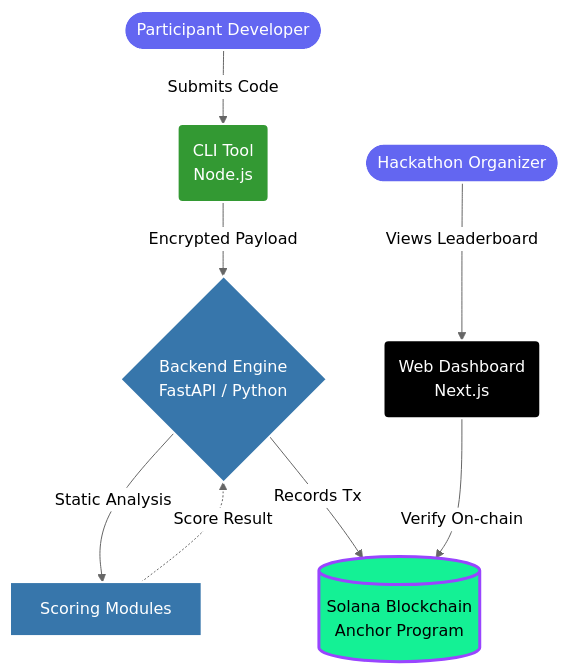
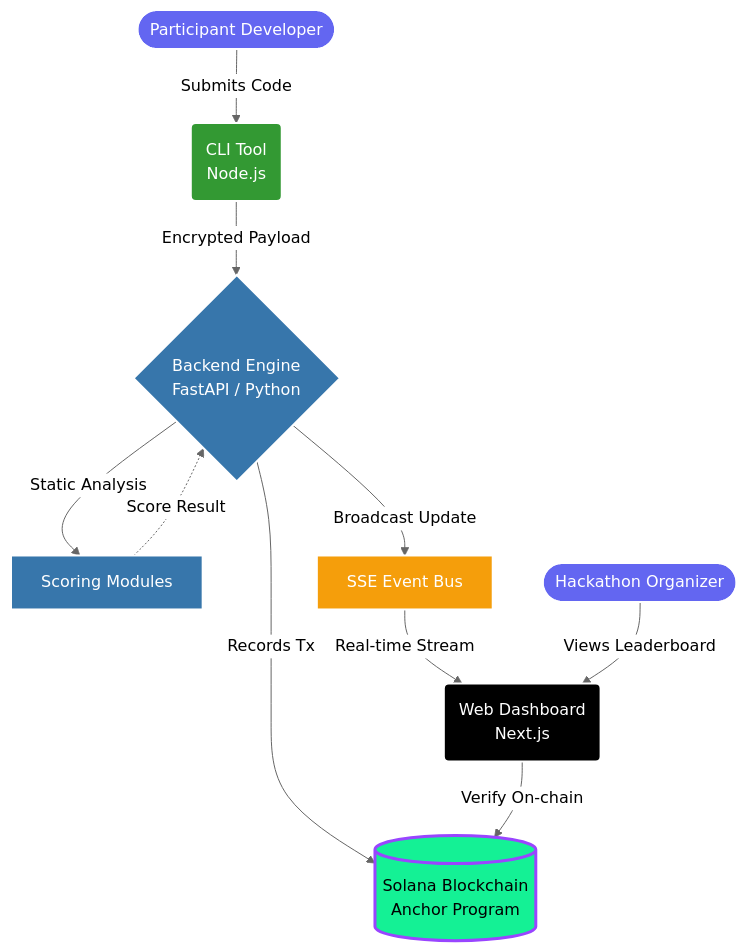
Before and after one commit to Inmodel/inmodel-c: the first of 2 diagrams in README.md, drawn with Mermaid (neutral theme). The commit also changed other lines of this file and 8 other files, not shown here.

Commit message:
docs: update project documentation to reflect real-time SSE leaderboard, rate limiting, and hardened architecture changes

````diff
--- a/README.md
+++ b/README.md
@@ -16,16 +16,19 @@
 ```mermaid
 graph TD
     classDef user fill:#6366f1,stroke:#fff,stroke-width:2px,color:#fff;
     classDef nodejs fill:#339933,stroke:#fff,stroke-width:2px,color:#fff;
     classDef python fill:#3776AB,stroke:#fff,stroke-width:2px,color:#fff;
     classDef solana fill:#14F195,stroke:#9945FF,stroke-width:3px,color:#000;
     classDef nextjs fill:#000000,stroke:#fff,stroke-width:2px,color:#fff;
+    classDef events fill:#f59e0b,stroke:#fff,stroke-width:2px,color:#fff;
 
     A([Participant Developer]):::user -->|Submits Code| B(CLI Tool<br/>Node.js):::nodejs
     B -->|Encrypted Payload| C{Backend Engine<br/>FastAPI / Python}:::python
     C -->|Static Analysis| D[Scoring Modules]:::python
     D -.->|Score Result| C
     C -->|Records Tx| E[(Solana Blockchain<br/>Anchor Program)]:::solana
-    F(Web Dashboard<br/>Next.js):::nextjs -->|Verify On-chain| E
+    C -->|Broadcast Update| H[SSE Event Bus]:::events
+    H -->|Real-time Stream| F(Web Dashboard<br/>Next.js):::nextjs
+    F -->|Verify On-chain| E
     G([Hackathon Organizer]):::user -->|Views Leaderboard| F
 ```
````
